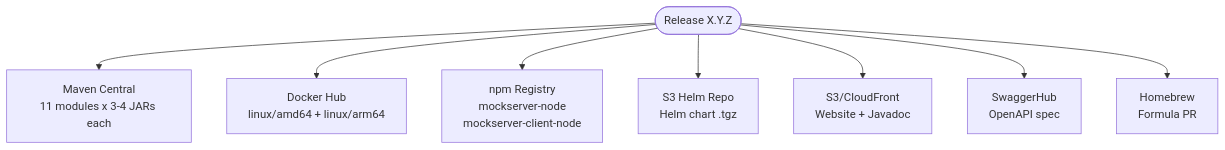
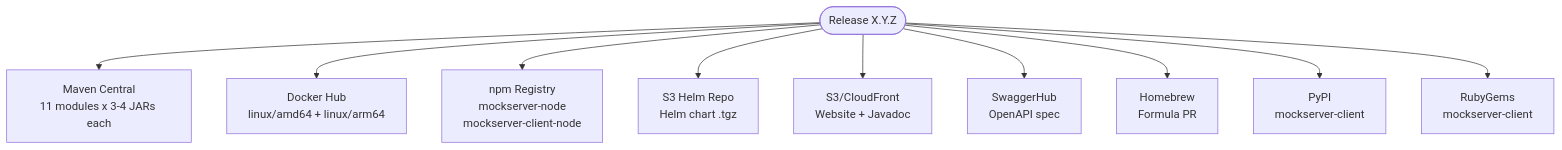
The first of 5 diagrams in docs/plans/release-pipeline.md (mock-server/mockserver), drawn with Mermaid before and after one commit. The commit also changed other lines of this file and 30 other files, not shown here.

First line of the commit message:
Add Python and Ruby client release infrastructure

````diff
--- a/docs/plans/release-pipeline.md
+++ b/docs/plans/release-pipeline.md
@@ -47,19 +47,23 @@
 ```mermaid
 graph TD
     REL([Release X.Y.Z])
     REL --> MC["Maven Central
 11 modules x 3-4 JARs each"]
     REL --> DH["Docker Hub
 linux/amd64 + linux/arm64"]
     REL --> NPM["npm Registry
 mockserver-node
 mockserver-client-node"]
     REL --> HELM["S3 Helm Repo
 Helm chart .tgz"]
     REL --> DOCS["S3/CloudFront
 Website + Javadoc"]
     REL --> SWAGGER["SwaggerHub
 OpenAPI spec"]
     REL --> BREW["Homebrew
 Formula PR"]
+    REL --> PYPI["PyPI
+mockserver-client"]
+    REL --> GEMS["RubyGems
+mockserver-client"]
 ```
````
